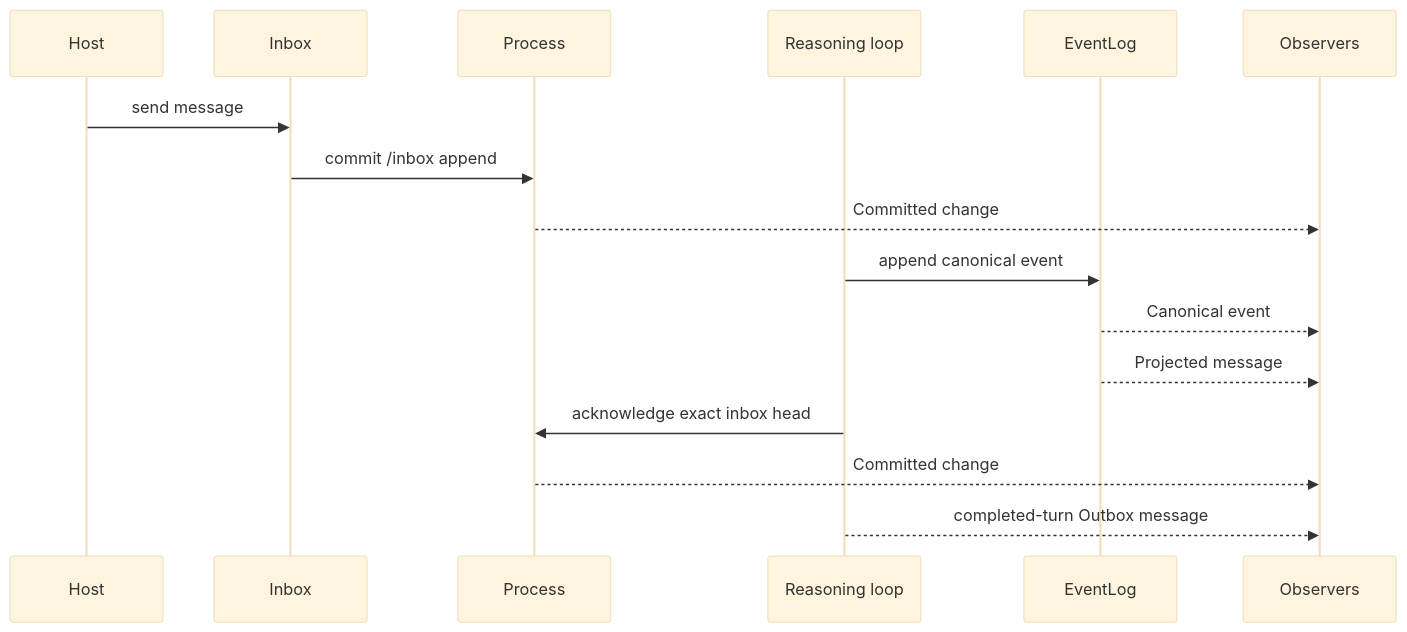
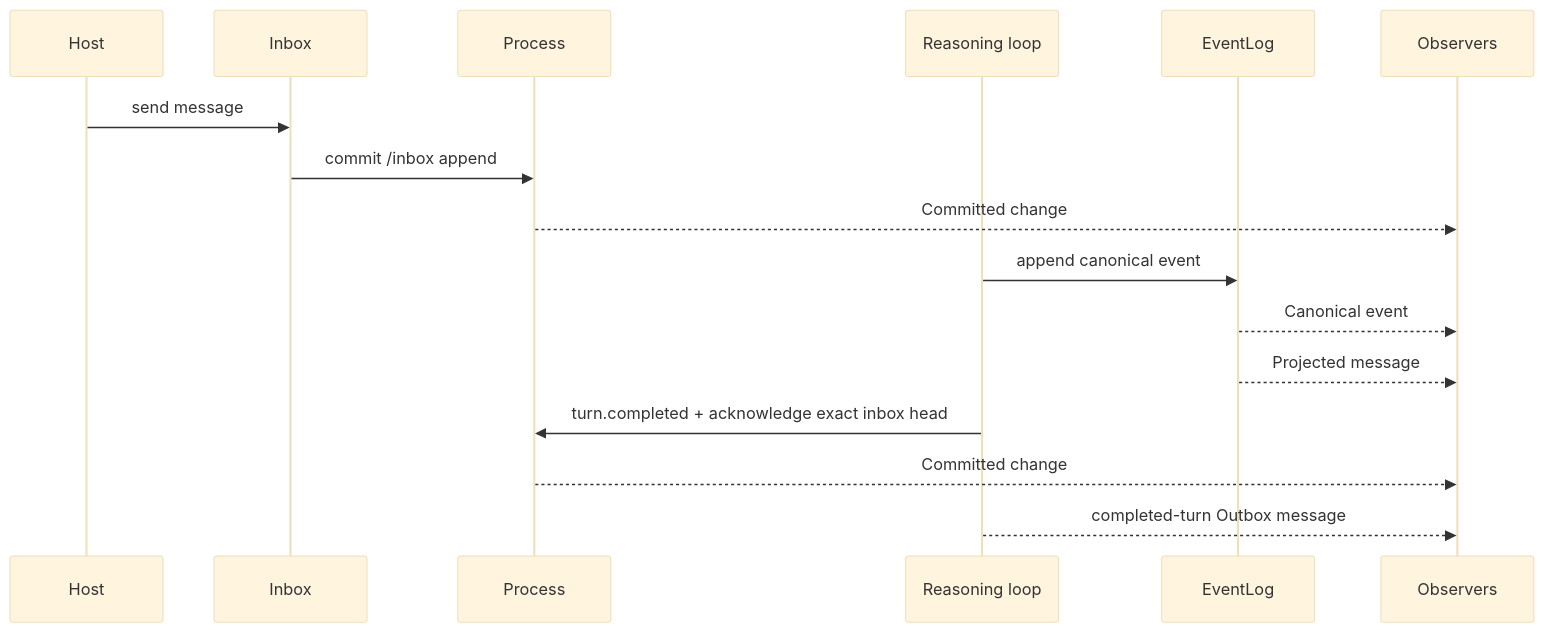
Before and after one commit to everruns/svit: the diagram in docs/events.md, drawn with Mermaid (base theme). The commit also changed other lines of this file and 10 other files, not shown here.

First line of the commit message:
feat(persistence): commit a turn's outcome with its inbox acknowledgement

````diff
--- a/docs/events.md
+++ b/docs/events.md
@@ -26,18 +26,18 @@
 ```mermaid
 sequenceDiagram
     participant H as Host
     participant I as Inbox
     participant P as Process
     participant L as Reasoning loop
     participant E as EventLog
     participant O as Observers
     H->>I: send message
     I->>P: commit /inbox append
     P-->>O: Committed change
     L->>E: append canonical event
     E-->>O: Canonical event
     E-->>O: Projected message
-    L->>P: acknowledge exact inbox head
+    L->>P: turn.completed + acknowledge exact inbox head
     P-->>O: Committed change
     L-->>O: completed-turn Outbox message
 ```
````
